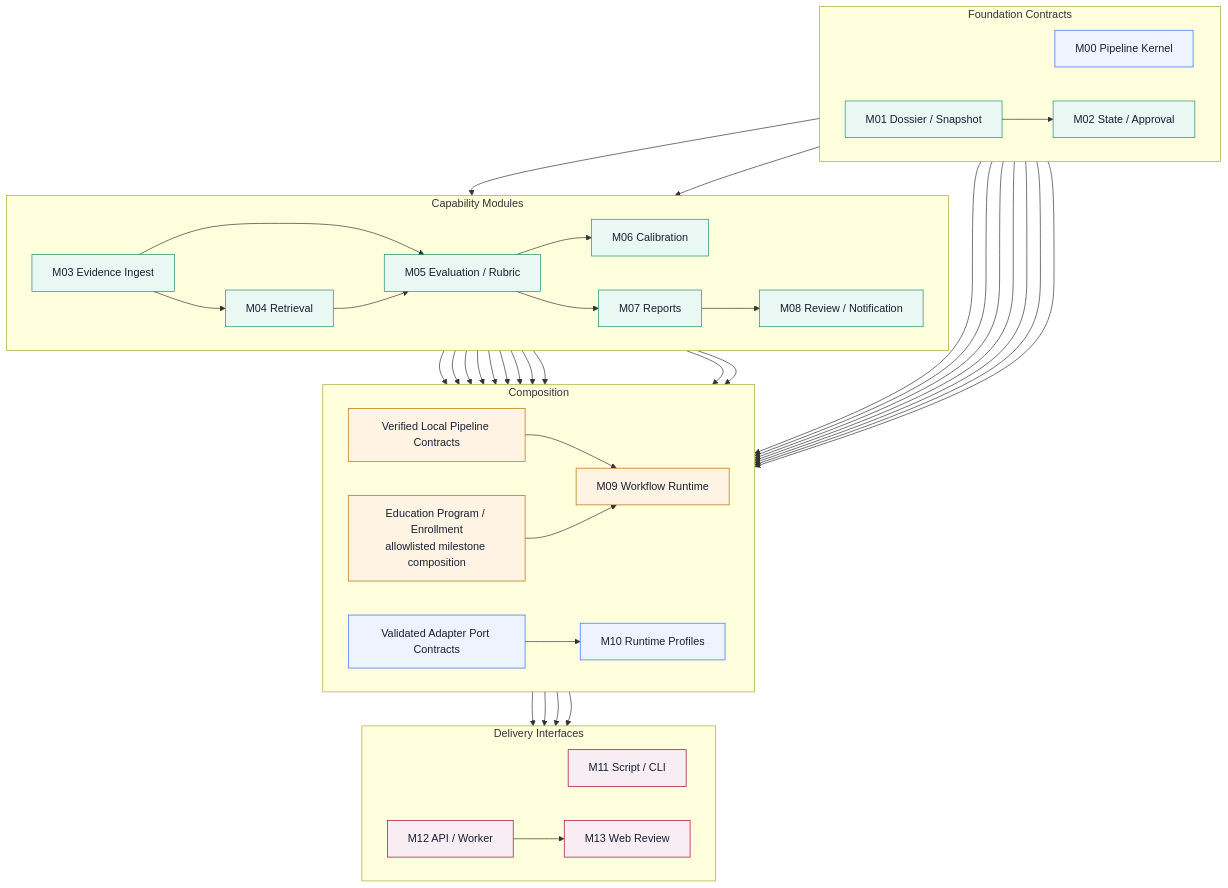
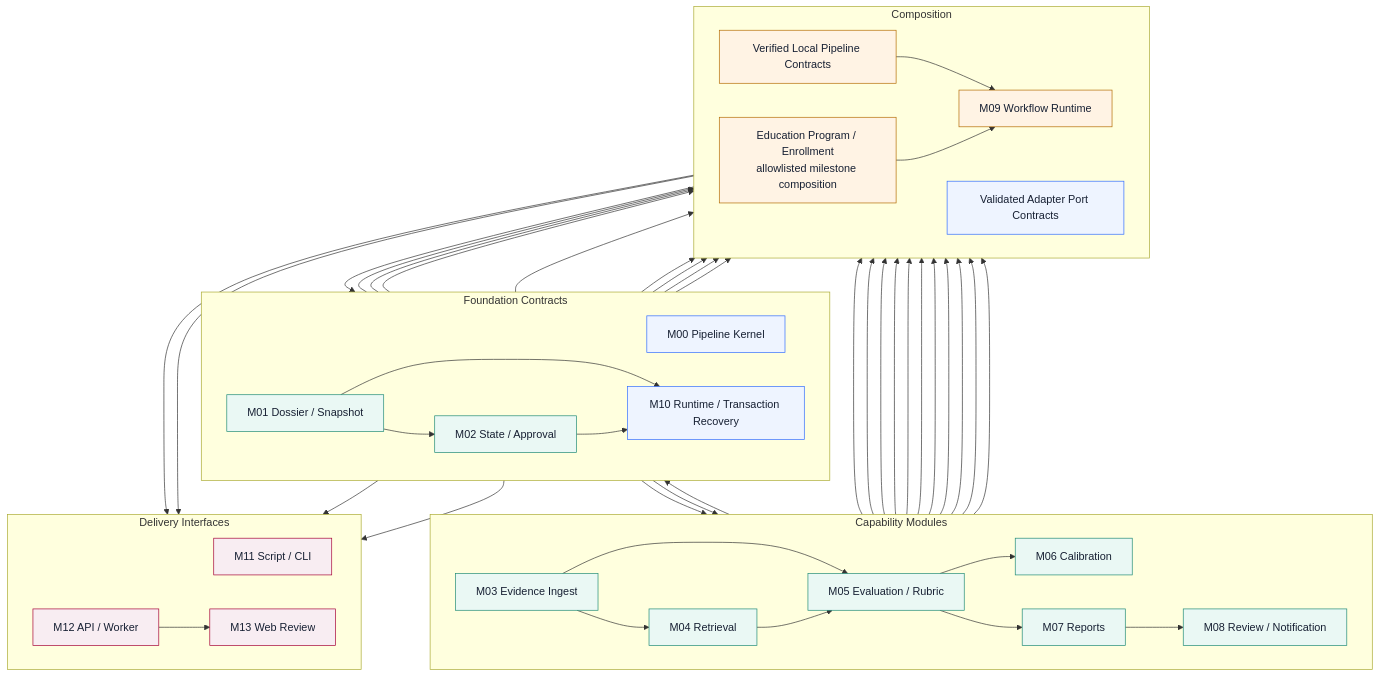
One commit to Infant83/AXCalib changed the eighth of 11 diagrams in docs/architecture/workflow-blueprint.md. Above: the diagram before and after it, drawn with Mermaid. The commit also changed other lines of this file and 32 other files, not shown here.

Commit message:
add project transaction recovery

````diff
--- a/docs/architecture/workflow-blueprint.md
+++ b/docs/architecture/workflow-blueprint.md
@@ -322,67 +322,71 @@
 ```mermaid
 flowchart TB
     subgraph F["Foundation Contracts"]
         direction LR
         M00["M00 Pipeline Kernel"]
         M01["M01 Dossier / Snapshot"] --> M02["M02 State / Approval"]
+        M01 --> M10["M10 Runtime / Transaction Recovery"]
+        M02 --> M10
     end
 
     subgraph C["Capability Modules"]
         direction LR
         M03["M03 Evidence Ingest"] --> M04["M04 Retrieval"]
         M01 --> M05["M05 Evaluation / Rubric"]
         M03 --> M05
         M04 --> M05
         M05 --> M06["M06 Calibration"]
         M05 --> M07["M07 Reports"]
         M02 --> M08["M08 Review / Notification"]
         M07 --> M08
+        M08 --> M10
     end
 
     subgraph O["Composition"]
         direction LR
         PC["Verified Local Pipeline Contracts"] --> M09["M09 Workflow Runtime"]
         EP["Education Program / Enrollment\nallowlisted milestone composition"] --> M09
-        AP["Validated Adapter Port Contracts"] --> M10["M10 Runtime Profiles"]
+        AP["Validated Adapter Port Contracts"] --> M10
     end
 
     subgraph I["Delivery Interfaces"]
         direction LR
         M11["M11 Script / CLI"]
         M12["M12 API / Worker"] --> M13["M13 Web Review"]
     end
 
     M00 --> PC
     M01 --> PC
     M02 --> PC
     M03 --> PC
     M04 --> PC
     M05 --> PC
     M06 --> PC
     M07 --> PC
     M08 --> PC
+    M10 --> PC
     M01 --> EP
     M02 --> EP
     M08 --> EP
 
     M00 --> AP
     M01 --> AP
     M03 --> AP
     M04 --> AP
     M05 --> AP
     M08 --> AP
 
     M09 --> M11
     M10 --> M11
     M09 --> M12
     M10 --> M12
 
     classDef foundation fill:#EEF4FF,stroke:#2F6BFF,color:#172033;
     classDef domain fill:#EAF8F4,stroke:#1E8A75,color:#172033;
     classDef orchestration fill:#FFF3E4,stroke:#B36B00,color:#172033;
     classDef interface fill:#F8EDF2,stroke:#A50034,color:#172033;
     class M00,M10,AP foundation;
     class M01,M02,M03,M04,M05,M06,M07,M08 domain;
     class M09,PC,EP orchestration;
     class M11,M12,M13 interface;
 ```
````
